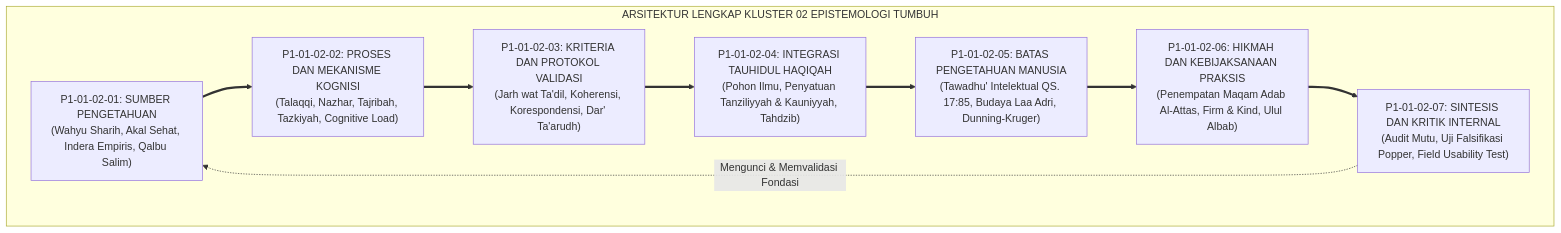
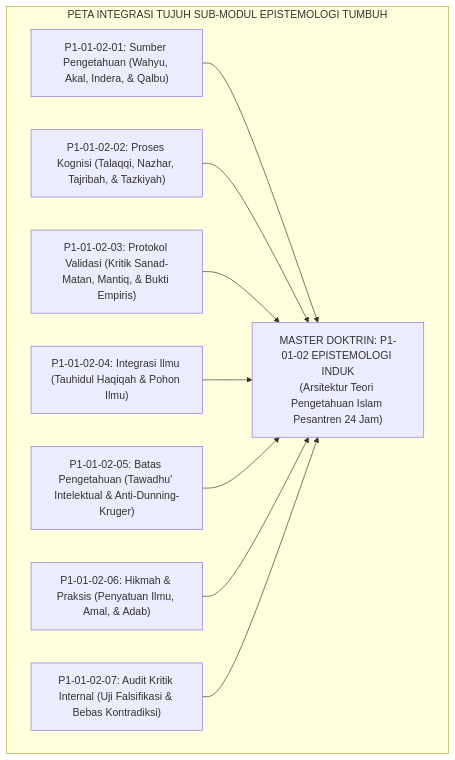
The second of 6 diagrams in 01 Philosophy/01 Worldview/02 Epistemologi TUMBUH/P1-01-02-Epistemologi-TUMBUH.md (wandiapriliyandi/tumbuh), drawn with Mermaid before and after one commit. The commit also changed other lines of this file and 9 other files, not shown here.

Commit message:
docs(epistemology & human-nature): reconstruct all 02 Epistemologi TUMBUH, master P1-01 Worldview, and P1-02-01 Hakikat Fitrah to pure academic monograph standard

````diff
--- a/01 Philosophy/01 Worldview/02 Epistemologi TUMBUH/P1-01-02-Epistemologi-TUMBUH.md
+++ b/01 Philosophy/01 Worldview/02 Epistemologi TUMBUH/P1-01-02-Epistemologi-TUMBUH.md
@@ -74,20 +70,22 @@
 ```mermaid
-graph TD
-    subgraph ArsitekturEpistemologiTUMBUH["ARSITEKTUR LENGKAP KLUSTER 02 EPISTEMOLOGI TUMBUH"]
-        M1["P1-01-02-01: SUMBER PENGETAHUAN<br/>(Wahyu Sharih, Akal Sehat, Indera Empiris, Qalbu Salim)"]
-        M2["P1-01-02-02: PROSES DAN MEKANISME KOGNISI<br/>(Talaqqi, Nazhar, Tajribah, Tazkiyah, Cognitive Load)"]
-        M3["P1-01-02-03: KRITERIA DAN PROTOKOL VALIDASI<br/>(Jarh wat Ta'dil, Koherensi, Korespondensi, Dar' Ta'arudh)"]
-        M4["P1-01-02-04: INTEGRASI TAUHIDUL HAQIQAH<br/>(Pohon Ilmu, Penyatuan Tanziliyyah & Kauniyyah, Tahdzib)"]
-        M5["P1-01-02-05: BATAS PENGETAHUAN MANUSIA<br/>(Tawadhu' Intelektual QS. 17:85, Budaya Laa Adri, Dunning-Kruger)"]
-        M6["P1-01-02-06: HIKMAH DAN KEBIJAKSANAAN PRAKSIS<br/>(Penempatan Maqam Adab Al-Attas, Firm & Kind, Ulul Albab)"]
-        M7["P1-01-02-07: SINTESIS DAN KRITIK INTERNAL<br/>(Audit Mutu, Uji Falsifikasi Popper, Field Usability Test)"]
+flowchart TD
+    subgraph TujuhSubModulEpistemologi["PETA INTEGRASI TUJUH SUB-MODUL EPISTEMOLOGI TUMBUH"]
+        M1["P1-01-02-01: Sumber Pengetahuan (Wahyu, Akal, Indera, & Qalbu)"]
+        M2["P1-01-02-02: Proses Kognisi (Talaqqi, Nazhar, Tajribah, & Tazkiyah)"]
+        M3["P1-01-02-03: Protokol Validasi (Kritik Sanad-Matan, Mantiq, & Bukti Empiris)"]
+        M4["P1-01-02-04: Integrasi Ilmu (Tauhidul Haqiqah & Pohon Ilmu)"]
+        M5["P1-01-02-05: Batas Pengetahuan (Tawadhu' Intelektual & Anti-Dunning-Kruger)"]
+        M6["P1-01-02-06: Hikmah & Praksis (Penyatuan Ilmu, Amal, & Adab)"]
+        M7["P1-01-02-07: Audit Kritik Internal (Uji Falsifikasi & Bebas Kontradiksi)"]
         
-        M1 ==> M2
-        M2 ==> M3
-        M3 ==> M4
-        M4 ==> M5
-        M5 ==> M6
-        M6 ==> M7
-        M7 -.->|Mengunci & Memvalidasi Fondasi| M1
+        MasterDoktrinEpi["MASTER DOKTRIN: P1-01-02 EPISTEMOLOGI INDUK<br/>(Arsitektur Teori Pengetahuan Islam Pesantren 24 Jam)"]
+        
+        M1 --> MasterDoktrinEpi
+        M2 --> MasterDoktrinEpi
+        M3 --> MasterDoktrinEpi
+        M4 --> MasterDoktrinEpi
+        M5 --> MasterDoktrinEpi
+        M6 --> MasterDoktrinEpi
+        M7 --> MasterDoktrinEpi
     end
 ```
````
